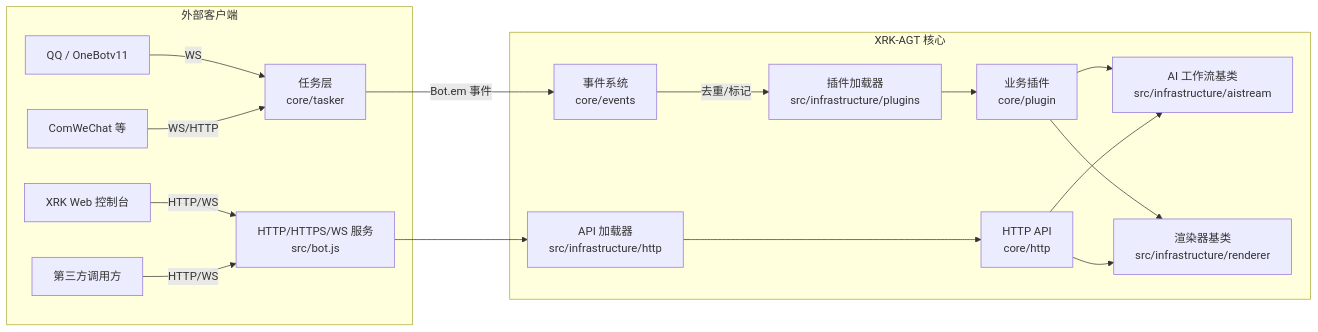
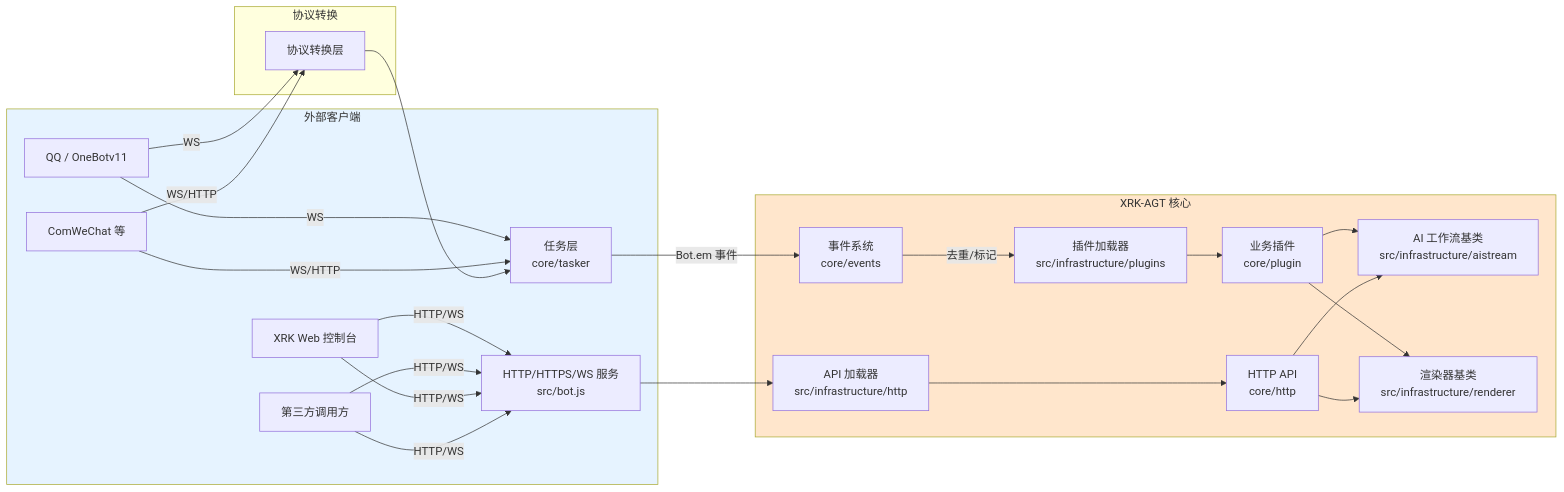
One commit to sunflowermm/XRK-AGT changed the second of 9 diagrams in docs/完整文档.md. Above: the diagram before and after it, drawn with Mermaid. The commit also changed other lines of this file and 10 other files, not shown here.

````diff
--- a/docs/完整文档.md
+++ b/docs/完整文档.md
@@ -87,21 +87,44 @@
 ```mermaid
 flowchart LR
     subgraph Clients["外部客户端"]
       QQ["QQ / OneBotv11"] -->|WS| Taskers
       WeChat["ComWeChat 等"] -->|WS/HTTP| Taskers
       WebUI["XRK Web 控制台"] -->|HTTP/WS| Express
       ThirdAPI["第三方调用方"] -->|HTTP/WS| Express
     end
 
+    subgraph Protocol["协议转换"]
+      ProtocolConv["协议转换层"]
+    end
+
     subgraph Core["XRK-AGT 核心"]
-      Taskers["任务层<br/>core/tasker"] -->|Bot.em 事件| EventSystem
-      EventSystem["事件系统<br/>core/events"] -->|去重/标记| PluginsLoader
-      Express["HTTP/HTTPS/WS 服务<br/>src/bot.js"] --> ApiLoader
-      ApiLoader["API 加载器<br/>src/infrastructure/http"] --> HttpApis
-      PluginsLoader["插件加载器<br/>src/infrastructure/plugins"] --> Plugins["业务插件<br/>core/plugin"]
-      Plugins --> AIStream["AI 工作流基类<br/>src/infrastructure/aistream"]
-      Plugins --> Renderer["渲染器基类<br/>src/infrastructure/renderer"]
-      HttpApis["HTTP API<br/>core/http"] --> AIStream
-      HttpApis --> Renderer
+      Express["HTTP/HTTPS/WS 服务<br/>src/bot.js"]
+      Taskers["任务层<br/>core/tasker"]
+      EventSystem["事件系统<br/>core/events"]
+      PluginsLoader["插件加载器<br/>src/infrastructure/plugins"]
+      ApiLoader["API 加载器<br/>src/infrastructure/http"]
+      Plugins["业务插件<br/>core/plugin"]
+      HttpApis["HTTP API<br/>core/http"]
+      AIStream["AI 工作流基类<br/>src/infrastructure/aistream"]
+      Renderer["渲染器基类<br/>src/infrastructure/renderer"]
     end
+
+    QQ -->|WS| ProtocolConv
+    WeChat -->|WS/HTTP| ProtocolConv
+    WebUI -->|HTTP/WS| Express
+    ThirdAPI -->|HTTP/WS| Express
+    
+    ProtocolConv --> Taskers
+    Taskers -->|Bot.em 事件| EventSystem
+    EventSystem -->|去重/标记| PluginsLoader
+    Express --> ApiLoader
+    ApiLoader --> HttpApis
+    PluginsLoader --> Plugins
+    Plugins --> AIStream
+    Plugins --> Renderer
+    HttpApis --> AIStream
+    HttpApis --> Renderer
+    
+    style Clients fill:#E6F3FF
+    style Core fill:#FFE6CC
 ```
````
